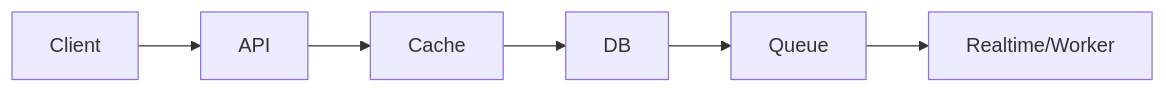
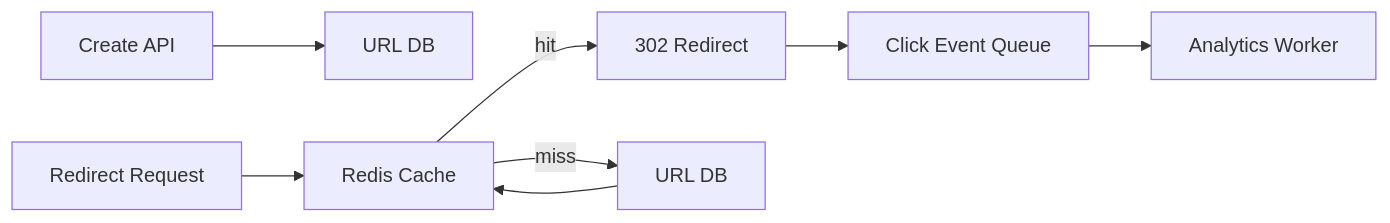
The diagram in content/System Design/14. 실전 설계 사례 URL Shortener Notification Chat/01. URL Shortener 설계 상세.md (thisis-joe/thisis-joe.github.io), drawn with Mermaid before and after one commit. The commit also changed other lines of this file and 595 other files, not shown here.

````diff
--- a/content/System Design/14. 실전 설계 사례 URL Shortener Notification Chat/01. URL Shortener 설계 상세.md
+++ b/content/System Design/14. 실전 설계 사례 URL Shortener Notification Chat/01. URL Shortener 설계 상세.md
@@ -42,8 +54,10 @@
 ```mermaid
 flowchart LR
-    A["Client"] --> B["API"]
-    B["API"] --> C["Cache"]
-    C["Cache"] --> D["DB"]
-    D["DB"] --> E["Queue"]
-    E["Queue"] --> F["Realtime/Worker"]
+    A["Create API"] --> B["URL DB"]
+    C["Redirect Request"] --> D["Redis Cache"]
+    D -->|hit| E["302 Redirect"]
+    D -->|miss| F["URL DB"]
+    F --> D
+    E --> G["Click Event Queue"]
+    G --> H["Analytics Worker"]
 ```
````
